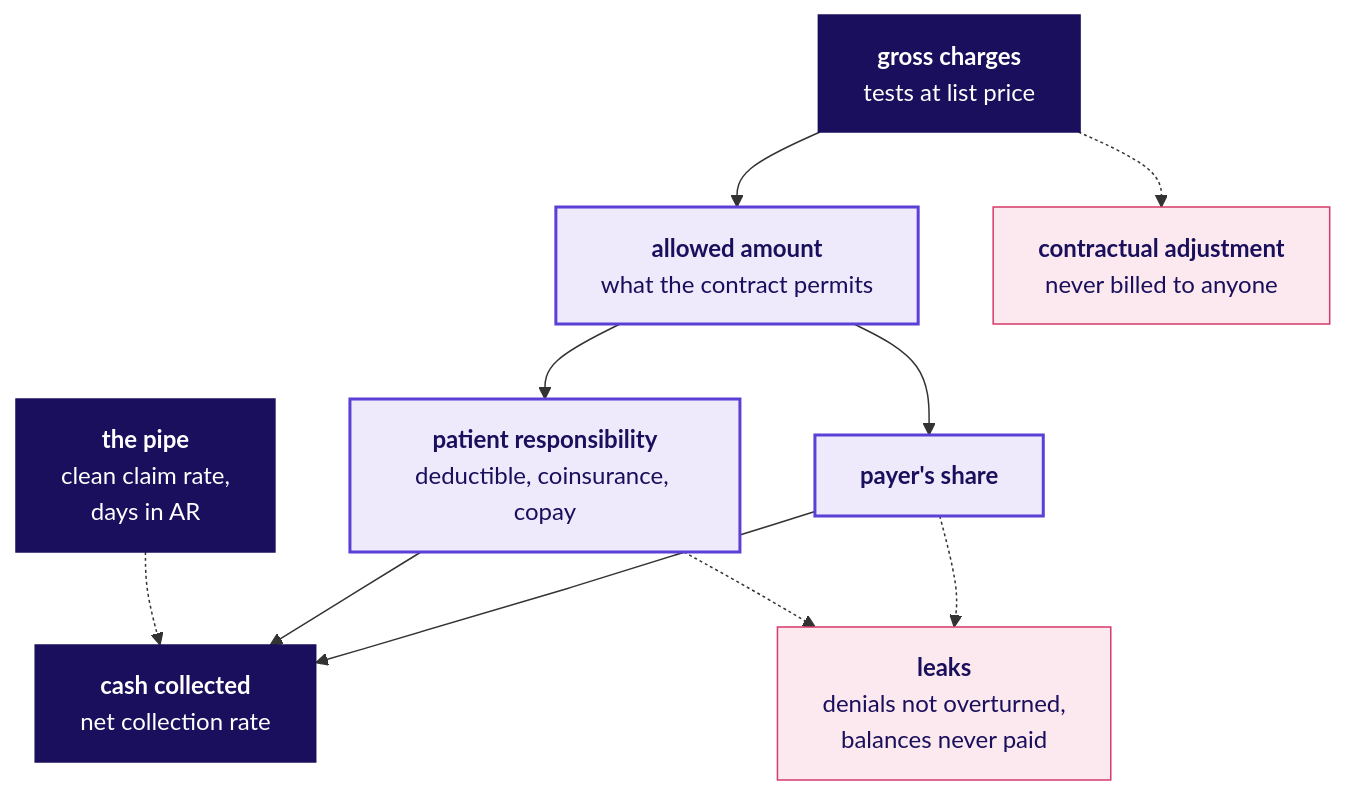
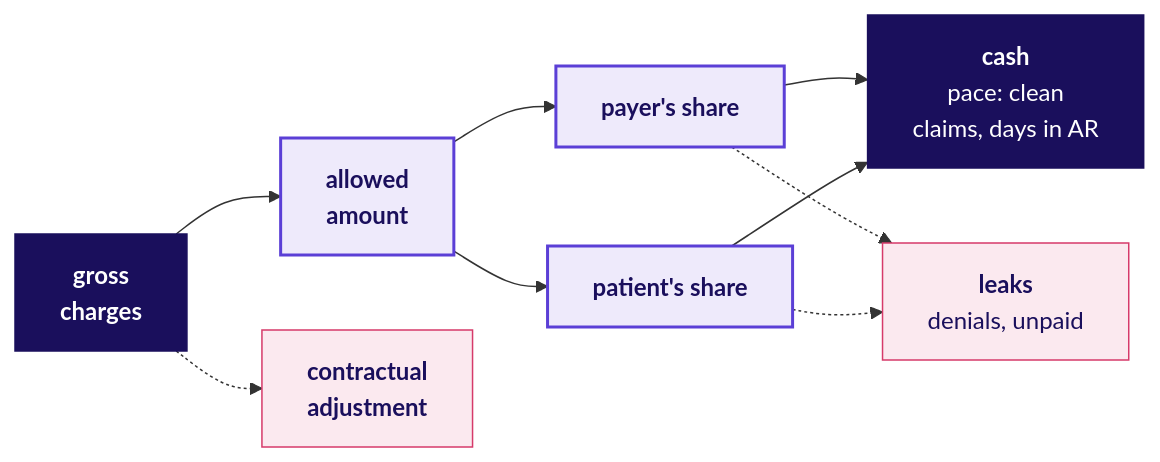
One commit to fde-academy-lab/c2-content-factory changed the fifth of 6 diagrams in content/W03/D1/study-notes/C2_W03_D01_domain_us_healthcare_STUDENT.md. Above: the diagram before and after it, drawn with Mermaid. The commit also changed other lines of this file and 3 other files, not shown here.

````diff
--- a/content/W03/D1/study-notes/C2_W03_D01_domain_us_healthcare_STUDENT.md
+++ b/content/W03/D1/study-notes/C2_W03_D01_domain_us_healthcare_STUDENT.md
@@ -239,17 +239,17 @@
 ```mermaid
-flowchart TB
-    G["<b>gross charges</b><br/>tests at list price"] --> A["<b>allowed amount</b><br/>what the contract permits"]
-    G -.-> C["<b>contractual adjustment</b><br/>never billed to anyone"]
+flowchart LR
+    G["<b>gross</b><br/><b>charges</b>"] --> A["<b>allowed</b><br/><b>amount</b>"]
+    G -.-> C["<b>contractual</b><br/><b>adjustment</b>"]
     A --> P["<b>payer's share</b>"]
-    A --> R["<b>patient responsibility</b><br/>deductible, coinsurance, copay"]
-    P & R --> K["<b>cash collected</b><br/>net collection rate"]
-    P -.-> D["<b>leaks</b><br/>denials not overturned,<br/>balances never paid"]
+    A --> R["<b>patient's share</b>"]
+    P --> K["<b>cash</b><br/>pace: clean<br/>claims, days in AR"]
+    R --> K
+    P -.-> D["<b>leaks</b><br/>denials, unpaid"]
     R -.-> D
-    Q["<b>the pipe</b><br/>clean claim rate,<br/>days in AR"] -.-> K
     classDef known fill:#EEEAFB,stroke:#5B3FD6,color:#1A0F5C,stroke-width:2px
     classDef bad fill:#FBE9EF,stroke:#D63A6A,color:#1A0F5C
     classDef dark fill:#1A0F5C,stroke:#1A0F5C,color:#FFFFFF
     class A,P,R known
     class C,D bad
-    class G,K,Q dark
+    class G,K dark
 ```
````
